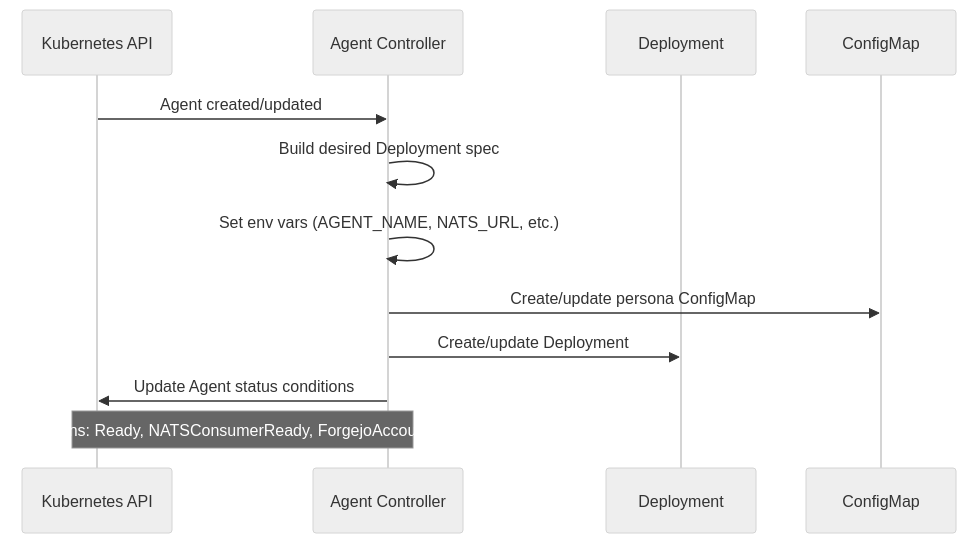
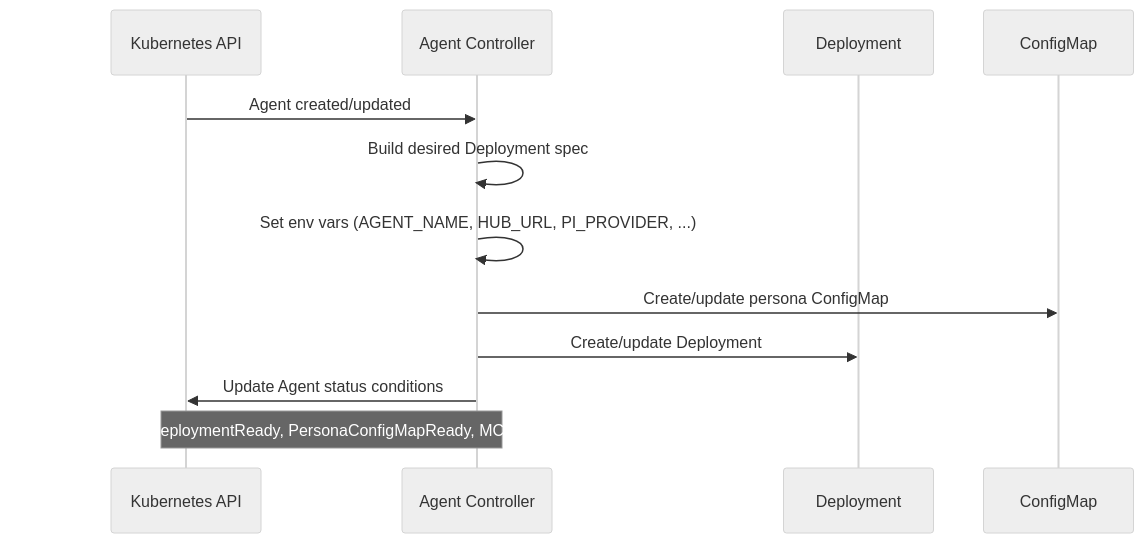
The second of 4 diagrams in operators/agent/docs/architecture.md (DominikPinsel/ainsel), drawn with Mermaid (neutral theme) before and after one commit. The commit also changed other lines of this file and 7 other files, not shown here.

````diff
--- a/operators/agent/docs/architecture.md
+++ b/operators/agent/docs/architecture.md
@@ -38,15 +38,15 @@
 ```mermaid
 sequenceDiagram
     participant K as Kubernetes API
     participant AC as Agent Controller
     participant DEP as Deployment
     participant CM as ConfigMap
 
     K->>AC: Agent created/updated
     AC->>AC: Build desired Deployment spec
-    AC->>AC: Set env vars (AGENT_NAME, NATS_URL, etc.)
+    AC->>AC: Set env vars (AGENT_NAME, HUB_URL, PI_PROVIDER, ...)
     AC->>CM: Create/update persona ConfigMap
     AC->>DEP: Create/update Deployment
     AC->>K: Update Agent status conditions
-    Note over AC,K: Conditions: Ready, NATSConsumerReady, ForgejoAccountReady
+    Note over AC,K: Conditions: Ready, DeploymentReady, PersonaConfigMapReady, MCPDiscoveryComplete
 ```
````
